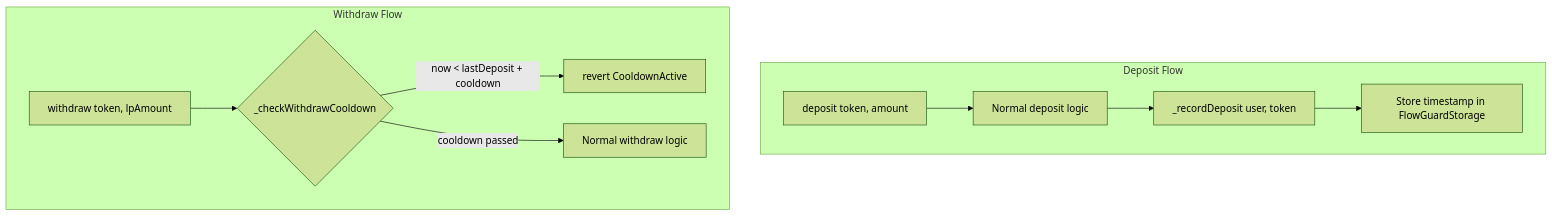
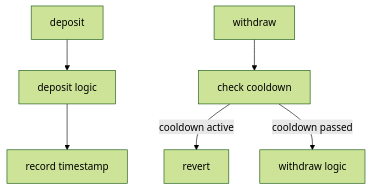
The fifth of 9 diagrams in docs/3. Security/3.4. Flow Guards.md (btr-protocol/dex), drawn with Mermaid (forest theme) before and after one commit. The commit also changed other lines of this file and 27 other files, not shown here.

````diff
--- a/docs/3. Security/3.4. Flow Guards.md
+++ b/docs/3. Security/3.4. Flow Guards.md
@@ -173,14 +154,8 @@
 ```mermaid
 graph TB
-    subgraph Deposit Flow
-        D1[deposit token, amount] --> D2[Normal deposit logic]
-        D2 --> D3[_recordDeposit user, token]
-        D3 --> D4[Store timestamp in FlowGuardStorage]
-    end
-
-    subgraph Withdraw Flow
-        W1[withdraw token, lpAmount] --> W2{_checkWithdrawCooldown}
-        W2 -->|now < lastDeposit + cooldown| W3[revert CooldownActive]
-        W2 -->|cooldown passed| W4[Normal withdraw logic]
-    end
+    D1[deposit] --> D2[deposit logic]
+    D2 --> D3[record timestamp]
+    W1[withdraw] --> W2[check cooldown]
+    W2 -->|cooldown active| W3[revert]
+    W2 -->|cooldown passed| W4[withdraw logic]
 ```
````
